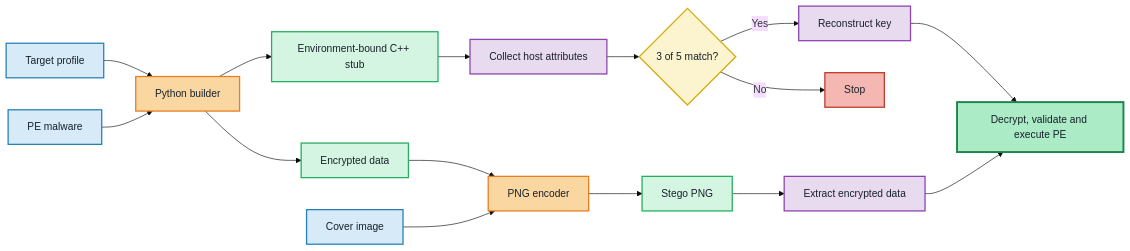
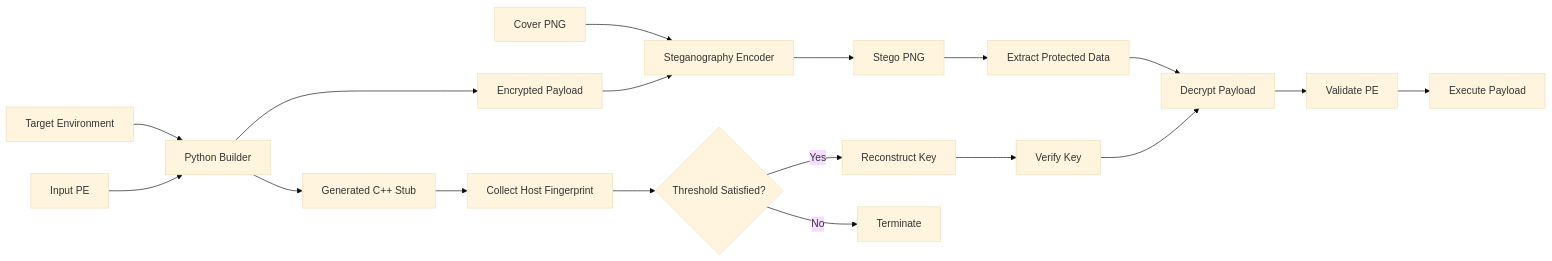
Before and after one commit to ILMFW02/Environment-Keyed-Stegnographic-PE-Loader: the diagram in README.md, drawn with Mermaid (base theme). The commit also changed other lines of this file, not shown here.

````diff
--- a/README.md
+++ b/README.md
@@ -31,48 +33,24 @@
 ```mermaid
 flowchart LR
-    A[Target profile] --> B[Python builder]
-    C[PE malware] --> B
-    B --> D[Environment-bound C++ stub]
-    B --> E[Encrypted data]
-    E --> F[PNG encoder]
-    G[Cover image] --> F
-    F --> H[Stego PNG]
+    A[Target Environment] --> B[Python Builder]
+    P[Input PE] --> B
+    I[Cover PNG] --> C[Steganography Encoder]
 
-    D --> I[Collect host attributes]
-    I --> J{3 of 5 match?}
-    H --> K[Extract encrypted data]
-    J -->|Yes| L[Reconstruct key]
-    L --> M[Decrypt, validate and execute PE]
-    K --> M
-    J -->|No| N[Stop]
+    B --> D[Generated C++ Stub]
+    B --> E[Encrypted Payload]
+    E --> C
+    C --> F[Stego PNG]
 
-    %% ===== Node styles =====
+    D --> G[Collect Host Fingerprint]
+    G --> H{Threshold Satisfied?}
+    F --> I2[Extract Protected Data]
 
-    %% Input data
-    classDef input fill:#D6EAF8,stroke:#2980B9,stroke-width:2px,color:#17202A;
-    class A,C,G input;
+    H -->|Yes| J[Reconstruct Key]
+    H -->|No| K[Terminate]
 
-    %% Processing modules / builders
-    classDef module fill:#FAD7A0,stroke:#E67E22,stroke-width:2px,color:#17202A;
-    class B,F module;
-
-    %% Generated artifacts / data
-    classDef artifact fill:#D5F5E3,stroke:#27AE60,stroke-width:2px,color:#17202A;
-    class D,E,H artifact;
-
-    %% Runtime operations
-    classDef runtime fill:#E8DAEF,stroke:#8E44AD,stroke-width:2px,color:#17202A;
-    class I,K,L runtime;
-
-    %% Decision
-    classDef decision fill:#FCF3CF,stroke:#D4AC0D,stroke-width:2px,color:#17202A;
-    class J decision;
-
-    %% Successful final operation
-    classDef success fill:#ABEBC6,stroke:#1E8449,stroke-width:3px,color:#17202A;
-    class M success;
-
-    %% Stop / rejected branch
-    classDef stop fill:#F5B7B1,stroke:#C0392B,stroke-width:2px,color:#17202A;
-    class N stop;
+    J --> L[Verify Key]
+    I2 --> M[Decrypt Payload]
+    L --> M
+    M --> N[Validate PE]
+    N --> O[Execute Payload]
 ```
````
